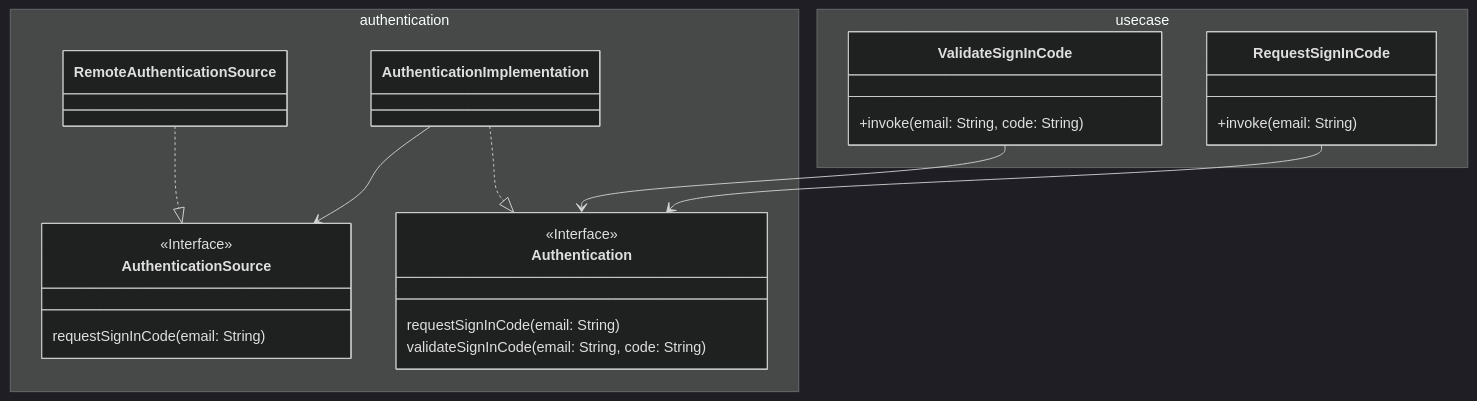
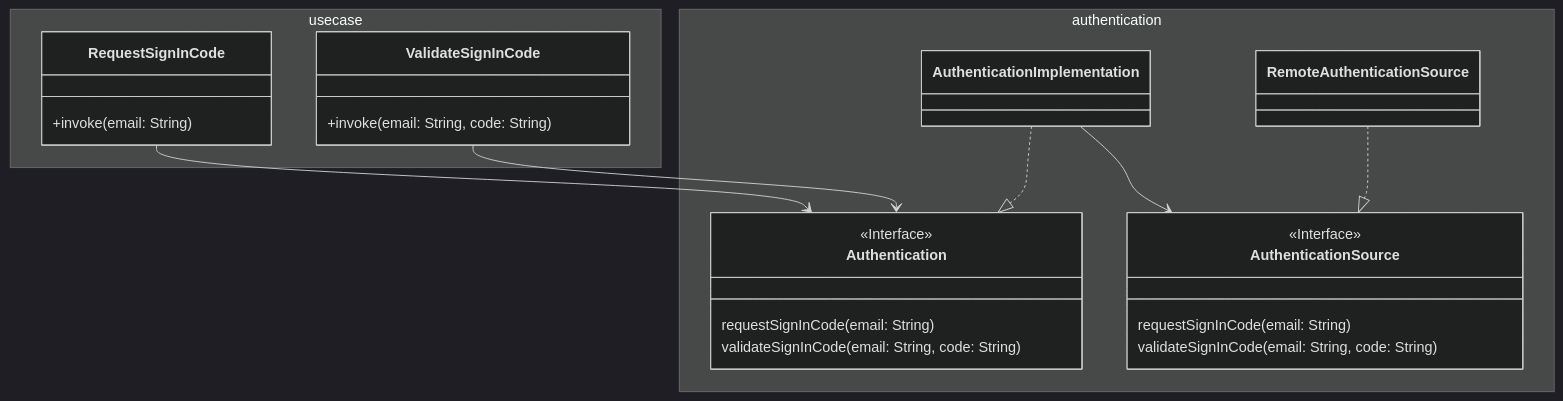
One commit to tangodachi/yava changed the diagram in composeApp/documentation.md. Above: the diagram before and after it, drawn with Mermaid (dark theme).

Commit message:
fixup! add ValidateSignInCode usecase

````diff
--- a/composeApp/documentation.md
+++ b/composeApp/documentation.md
@@ -1,40 +1,41 @@
 ```mermaid
 classDiagram
 direction TB
 	namespace usecase {
         class RequestSignInCode {
 	        +invoke(email: String)
         }
 
         class ValidateSignInCode {
 	        +invoke(email: String, code: String)
         }
 
 	}
 	namespace authentication {
         class AuthenticationImplementation {
         }
 
-        class AuthenticationSource {
-	        requestSignInCode(email: String)
-        }
-
         class RemoteAuthenticationSource {
         }
 
         class Authentication {
 	        requestSignInCode(email: String)
 	        validateSignInCode(email: String, code: String)
         }
 
+        class AuthenticationSource {
+	        requestSignInCode(email: String)
+	        validateSignInCode(email: String, code: String)
+        }
+
 	}
 
+	<<Interface>> Authentication
 	<<Interface>> AuthenticationSource
-	<<Interface>> Authentication
 
     RequestSignInCode --> Authentication
     ValidateSignInCode --> Authentication
     AuthenticationImplementation ..|> Authentication
     AuthenticationImplementation --> AuthenticationSource
     RemoteAuthenticationSource ..|> AuthenticationSource
 ```
````
